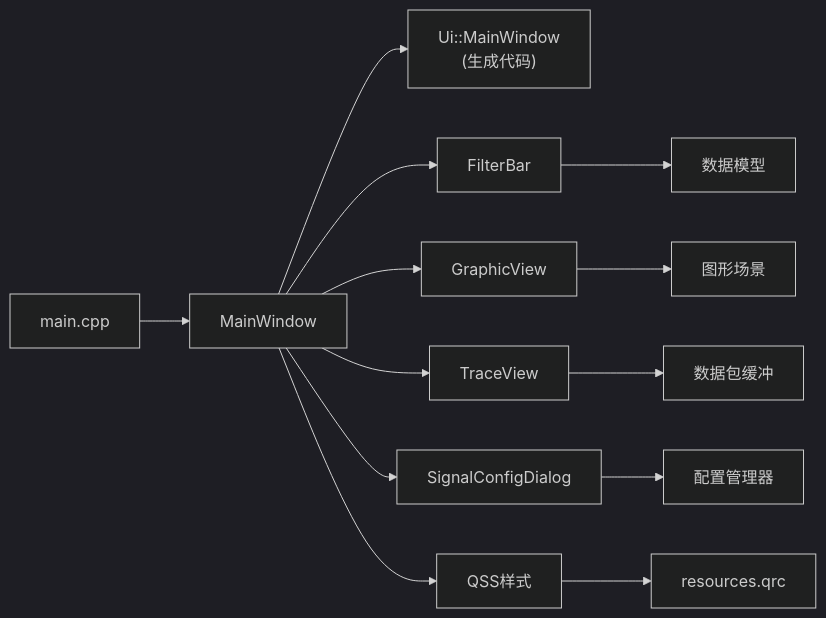
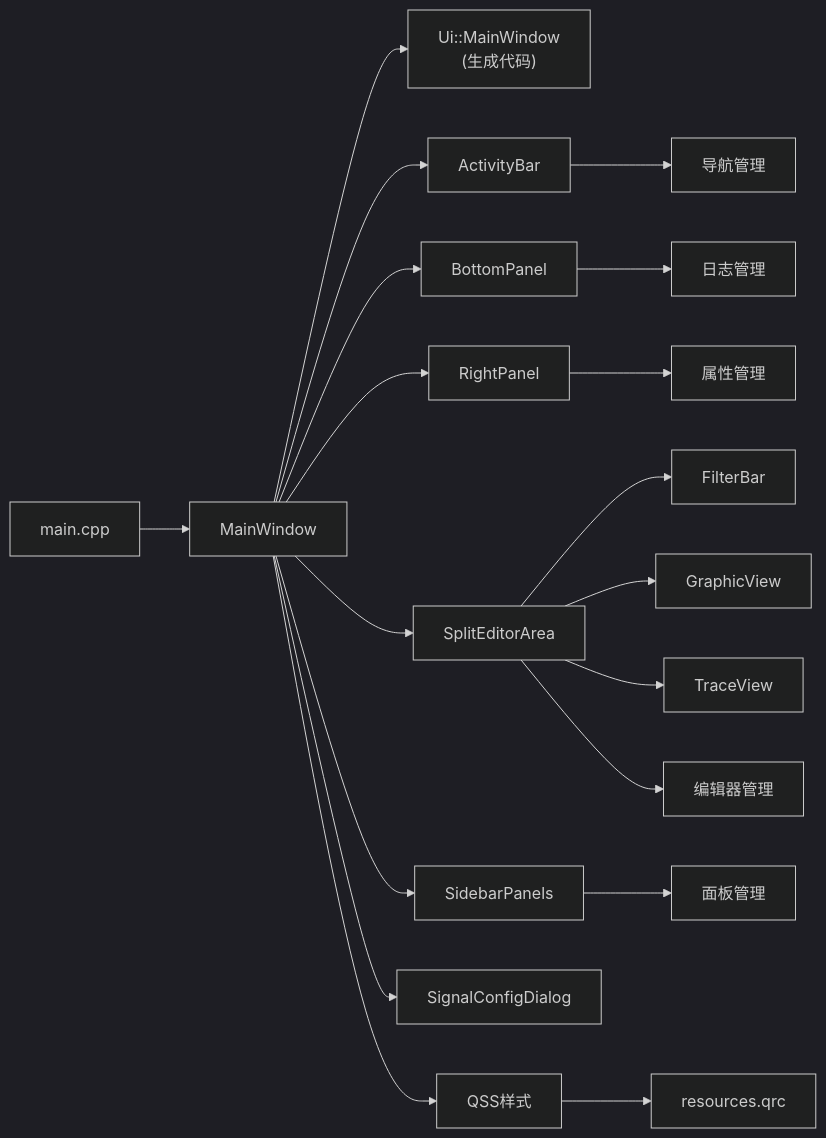
Before and after one commit to jakecai1225-design/OpenBus: diagram 17 of 17 in .qoder/repowiki/zh/content/架构设计/UI系统设计.md, drawn with Mermaid (dark theme). The commit also changed other lines of this file and 44 other files, not shown here.

````diff
--- a/.qoder/repowiki/zh/content/架构设计/UI系统设计.md
+++ b/.qoder/repowiki/zh/content/架构设计/UI系统设计.md
@@ -487,15 +788,21 @@
 ```mermaid
 graph LR
 Main["main.cpp"] --> MW["MainWindow"]
 MW --> UI["Ui::MainWindow<br/>(生成代码)"]
-MW --> FB["FilterBar"]
-MW --> GV["GraphicView"]
-MW --> TV["TraceView"]
+MW --> AB["ActivityBar"]
+MW --> BP["BottomPanel"]
+MW --> RP["RightPanel"]
+MW --> SEA["SplitEditorArea"]
+MW --> SBP["SidebarPanels"]
+SEA --> FB["FilterBar"]
+SEA --> GV["GraphicView"]
+SEA --> TV["TraceView"]
 MW --> SCD["SignalConfigDialog"]
 MW --> QSS["QSS样式"]
 QSS --> QRC["resources.qrc"]
-FB --> DataModel["数据模型"]
-GV --> GraphicsScene["图形场景"]
-TV --> PacketBuffer["数据包缓冲"]
-SCD --> ConfigManager["配置管理器"]
+AB --> Navigation["导航管理"]
+BP --> Logging["日志管理"]
+RP --> Properties["属性管理"]
+SEA --> Editors["编辑器管理"]
+SBP --> Panels["面板管理"]
 ```
````
